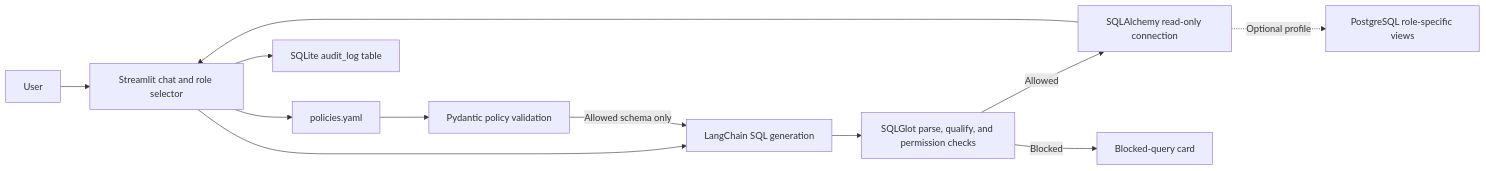
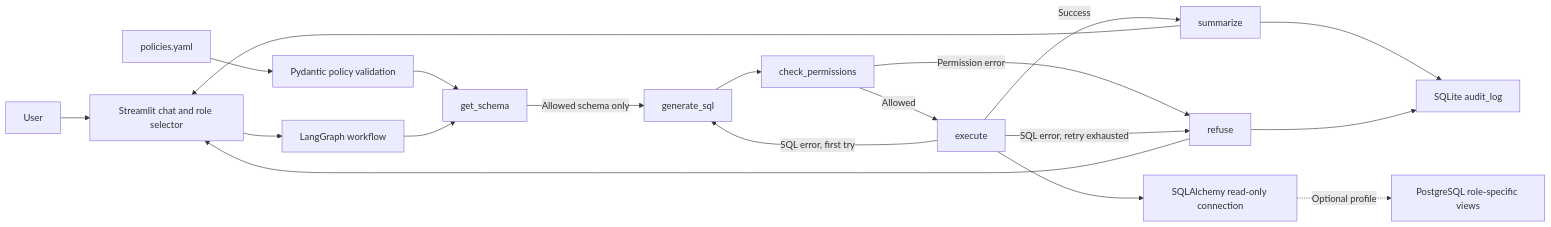
Before and after one commit to stavanparmar/AskDB: the diagram in README.md, drawn with Mermaid. The commit also changed other lines of this file and 6 other files, not shown here.

Commit message:
feat: add AskDB SQL workflow and tests

````diff
--- a/README.md
+++ b/README.md
@@ -10,14 +10,21 @@
 ```mermaid
 flowchart LR
     U[User] --> UI[Streamlit chat and role selector]
-    UI --> P[policies.yaml]
-    P --> V[Pydantic policy validation]
-    UI --> L[LangChain SQL generation]
-    V -->|Allowed schema only| L
-    L --> Q[SQLGlot parse, qualify, and permission checks]
-    Q -->|Allowed| DB[SQLAlchemy read-only connection]
-    Q -->|Blocked| E[Blocked-query card]
-    DB --> UI
-    UI --> A[SQLite audit_log table]
+    UI --> G[LangGraph workflow]
+    P[policies.yaml] --> V[Pydantic policy validation]
+    V --> GS[get_schema]
+    G --> GS
+    GS -->|Allowed schema only| SQL[generate_sql]
+    SQL --> CP[check_permissions]
+    CP -->|Allowed| EX[execute]
+    CP -->|Permission error| RF[refuse]
+    EX -->|Success| SM[summarize]
+    EX -->|SQL error, first try| SQL
+    EX -->|SQL error, retry exhausted| RF
+    SM --> UI
+    RF --> UI
+    SM --> AL[SQLite audit_log]
+    RF --> AL
+    EX --> DB[SQLAlchemy read-only connection]
     DB -. Optional profile .-> PG[PostgreSQL role-specific views]
 ```
````
